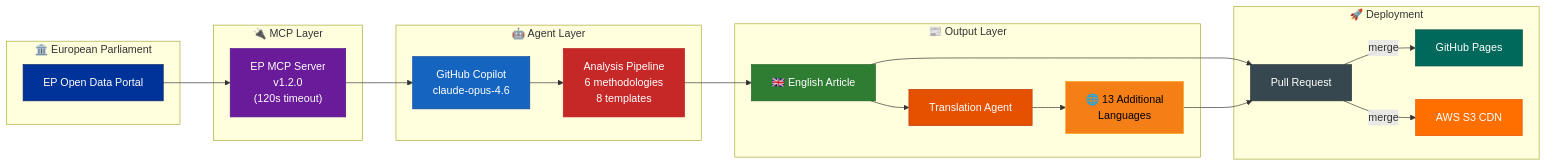
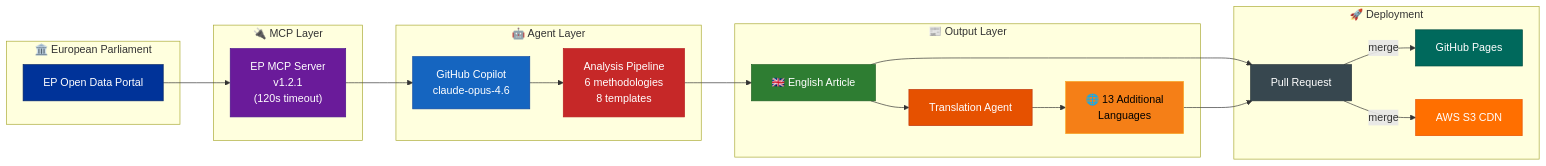
One commit to Hack23/euparliamentmonitor changed diagram 21 of 21 in WORKFLOWS.md. Above: the diagram before and after it, drawn with Mermaid. The commit also changed other lines of this file and 30 other files, not shown here.

First line of the commit message:
chore: bump MCP server version references to 1.2.1

````diff
--- a/WORKFLOWS.md
+++ b/WORKFLOWS.md
@@ -1748,42 +1748,42 @@
 ```mermaid
 flowchart LR
     subgraph "🏛️ European Parliament"
         EP["EP Open Data Portal"]
     end
 
     subgraph "🔌 MCP Layer"
-        MCP["EP MCP Server<br/>v1.2.0<br/>(120s timeout)"]
+        MCP["EP MCP Server<br/>v1.2.1<br/>(120s timeout)"]
     end
 
     subgraph "🤖 Agent Layer"
         Agent["GitHub Copilot<br/>claude-opus-4.6"]
         Analyze["Analysis Pipeline<br/>6 methodologies<br/>8 templates"]
     end
 
     subgraph "📰 Output Layer"
         EN["🇬🇧 English Article"]
         Translate["Translation Agent"]
         Multi["🌐 13 Additional<br/>Languages"]
     end
 
     subgraph "🚀 Deployment"
         PR["Pull Request"]
         Pages["GitHub Pages"]
         S3["AWS S3 CDN"]
     end
 
     EP --> MCP --> Agent --> Analyze --> EN --> PR
     EN --> Translate --> Multi --> PR
     PR --> |"merge"| Pages & S3
 
     style EP fill:#003399,stroke:#002266,color:#FFFFFF
     style MCP fill:#6A1B9A,stroke:#4A148C,color:#FFFFFF
     style Agent fill:#1565C0,stroke:#0D47A1,color:#FFFFFF
     style Analyze fill:#C62828,stroke:#B71C1C,color:#FFFFFF
     style EN fill:#2E7D32,stroke:#1B5E20,color:#FFFFFF
     style Translate fill:#E65100,stroke:#BF360C,color:#FFFFFF
     style Multi fill:#F57F17,stroke:#F9A825,color:#000000
     style PR fill:#37474F,stroke:#263238,color:#FFFFFF
     style Pages fill:#00695C,stroke:#004D40,color:#FFFFFF
     style S3 fill:#FF6F00,stroke:#E65100,color:#FFFFFF
 ```
````
